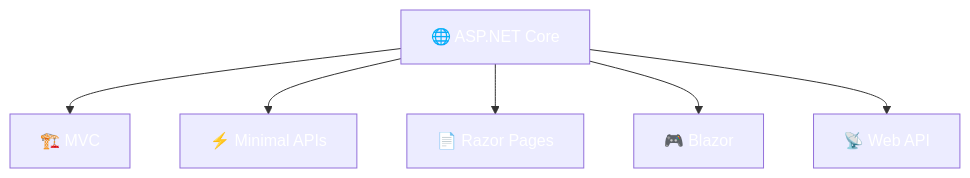
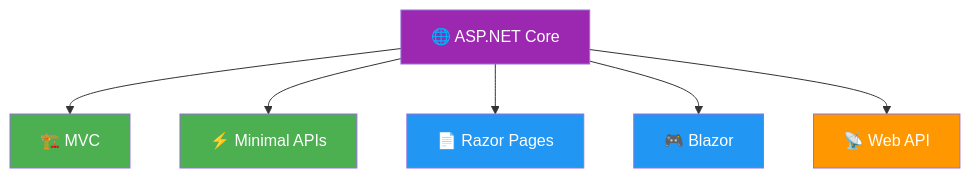
One commit to joseluisgs/DesarrolloWebEntornosServidor-02-2026-2027 changed the first of 6 diagrams in 05-arquitectura-pipeline.md. Above: the diagram before and after it, drawn with Mermaid. The commit also changed other lines of this file and 29 other files, not shown here.

Commit message:
docs: corregir estilos Mermaid y estilo, quitar referencias a la Tienda y reestructurar los retos 13 y 15

````diff
--- a/05-arquitectura-pipeline.md
+++ b/05-arquitectura-pipeline.md
@@ -52,14 +52,14 @@
 ```mermaid
 flowchart TD
     A["🌐 ASP.NET Core"] --> B["🏗️ MVC"]
     A --> C["⚡ Minimal APIs"]
     A --> D["📄 Razor Pages"]
     A --> E["🎮 Blazor"]
     A --> F["📡 Web API"]
-    style A fill:#9C27B,color:#fff0,color:#fff
-    style B fill:#4CAF5,color:#fff0,color:#fff
-    style C fill:#4CAF5,color:#fff0,color:#fff
-    style D fill:#2196F,color:#fff3,color:#fff
-    style E fill:#2196F,color:#fff3,color:#fff
-    style F fill:#FF980,color:#fff0,color:#fff
+    style A fill:#9C27B0,color:#fff
+    style B fill:#4CAF50,color:#fff
+    style C fill:#4CAF50,color:#fff
+    style D fill:#2196F3,color:#fff
+    style E fill:#2196F3,color:#fff
+    style F fill:#FF9800,color:#fff
 ```
````
